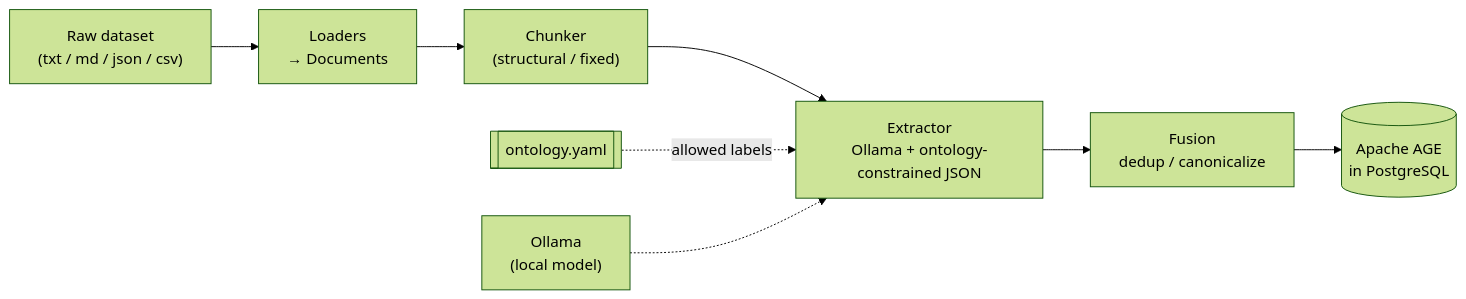
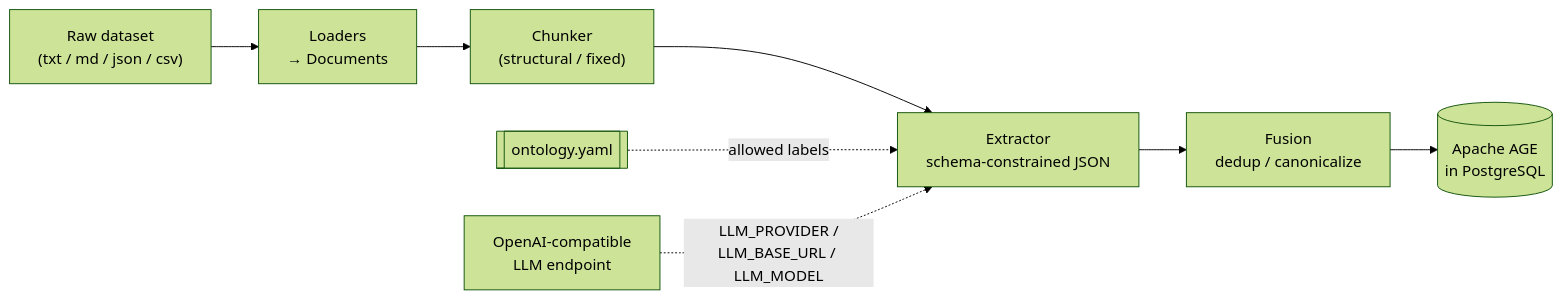
One commit to BebopCode/GoldenGraphRAG changed the diagram in README.md. Above: the diagram before and after it, drawn with Mermaid (forest theme). The commit also changed other lines of this file and 20 other files, not shown here.

````diff
--- a/README.md
+++ b/README.md
@@ -16,10 +18,10 @@
 ```mermaid
 flowchart LR
     A["Raw dataset<br/>(txt / md / json / csv)"] --> B["Loaders<br/>→ Documents"]
     B --> C["Chunker<br/>(structural / fixed)"]
-    C --> D["Extractor<br/>Ollama + ontology-constrained JSON"]
+    C --> D["Extractor<br/>schema-constrained JSON"]
     D --> E["Fusion<br/>dedup / canonicalize"]
     E --> F[("Apache AGE<br/>in PostgreSQL")]
     G[["ontology.yaml"]] -.->|allowed labels| D
-    H["Ollama<br/>(local model)"] -.-> D
+    H["OpenAI-compatible<br/>LLM endpoint"] -.->|LLM_PROVIDER /<br/>LLM_BASE_URL / LLM_MODEL| D
 ```
````
